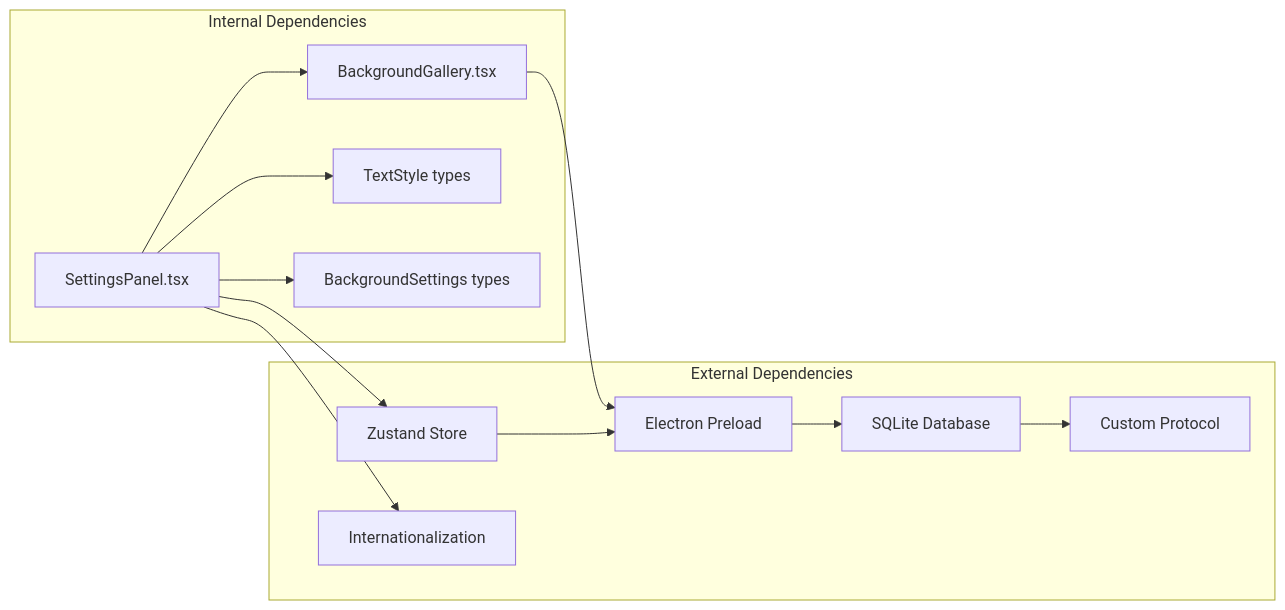
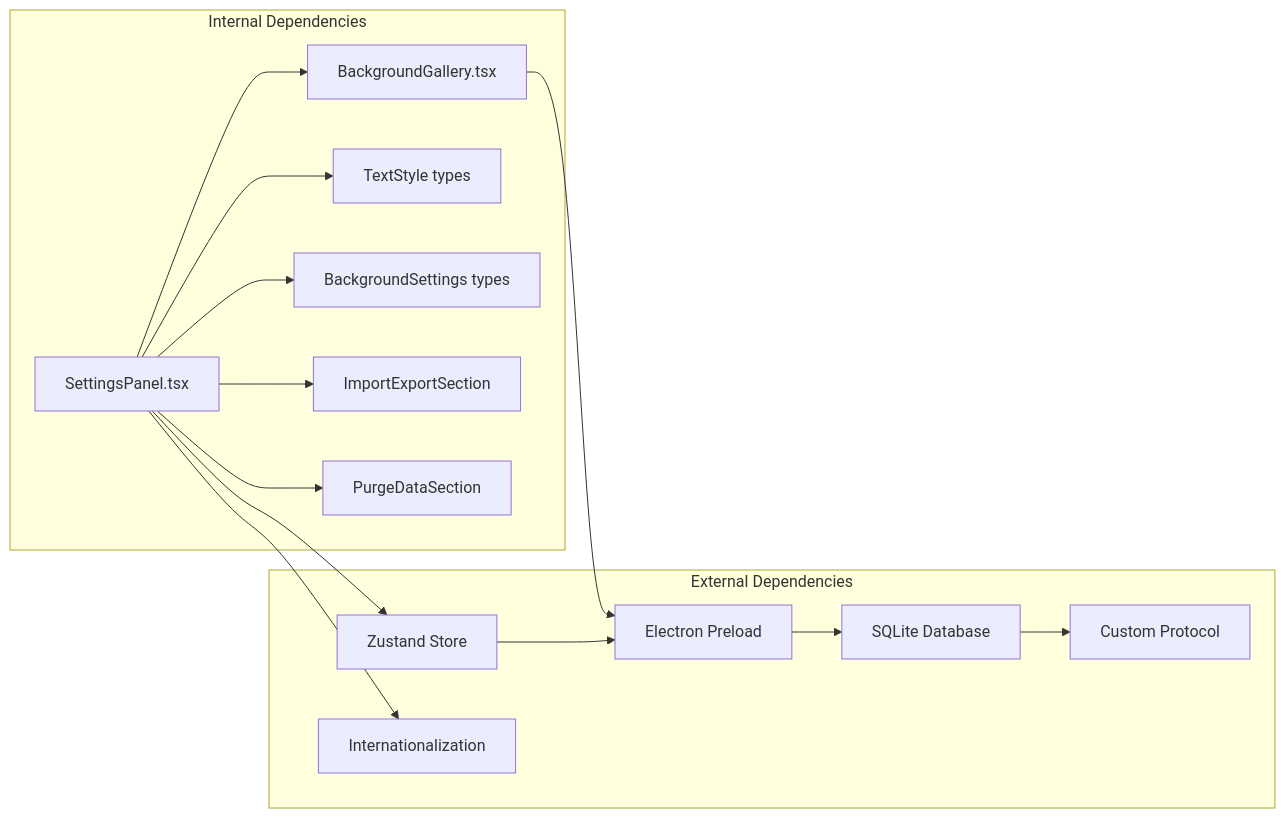
One commit to jimmywyk/lyricdeck changed the ninth of 9 diagrams in .qoder/repowiki/en/content/Architecture Overview/Component Architecture/Settings Panel.md. Above: the diagram before and after it, drawn with Mermaid. The commit also changed other lines of this file and 9 other files, not shown here.

````diff
--- a/.qoder/repowiki/en/content/Architecture Overview/Component Architecture/Settings Panel.md
+++ b/.qoder/repowiki/en/content/Architecture Overview/Component Architecture/Settings Panel.md
@@ -344,25 +418,29 @@
 ```mermaid
 graph LR
 subgraph "Internal Dependencies"
 SP[SettingsPanel.tsx]
 BG[BackgroundGallery.tsx]
 TS[TextStyle types]
 BS[BackgroundSettings types]
+IES[ImportExportSection]
+PDS[PurgeDataSection]
 end
 subgraph "External Dependencies"
 ZS[Zustand Store]
 EP[Electron Preload]
 DB[SQLite Database]
 PR[Custom Protocol]
 I18N[Internationalization]
 end
 SP --> BG
+SP --> IES
+SP --> PDS
 SP --> ZS
 SP --> TS
 SP --> BS
 SP --> I18N
 BG --> EP
 ZS --> EP
 EP --> DB
 DB --> PR
 ```
````
